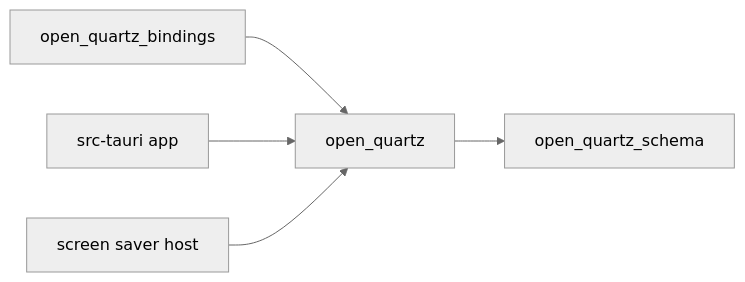
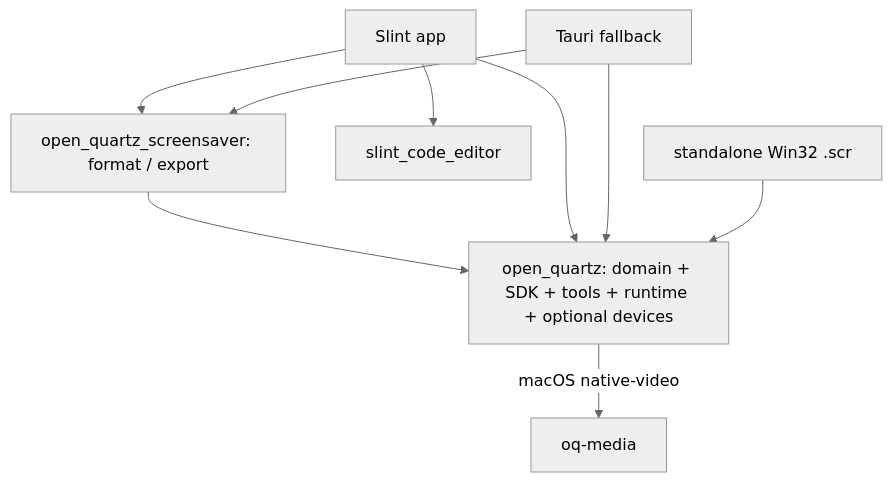
Before and after one commit to sanitor/open_quartz: diagram 12 of 12 in docs/DESIGN.md, drawn with Mermaid (neutral theme). The commit also changed other lines of this file and 253 other files, not shown here.

````diff
--- a/docs/DESIGN.md
+++ b/docs/DESIGN.md
@@ -1059,13 +1031,12 @@
 ```mermaid
-flowchart LR
-    Schema[open_quartz_schema]
-    Core[open_quartz]
-    Bindings[open_quartz_bindings]
-    App[src-tauri app]
-    Stub[screen saver host]
-
-    Core --> Schema
-    Bindings --> Core
-    App --> Core
-    Stub --> Core
+flowchart TD
+    CORE[open_quartz: domain + SDK + tools + runtime + optional devices]
+    CORE -->|macOS native-video| MEDIA[oq-media]
+    EXPORT[open_quartz_screensaver: format / export] --> CORE
+    SLINT[Slint app] --> CORE
+    SLINT --> EXPORT
+    SLINT --> EDITOR[slint_code_editor]
+    TAURI[Tauri fallback] --> CORE
+    TAURI --> EXPORT
+    SCR[standalone Win32 .scr] --> CORE
 ```
````
